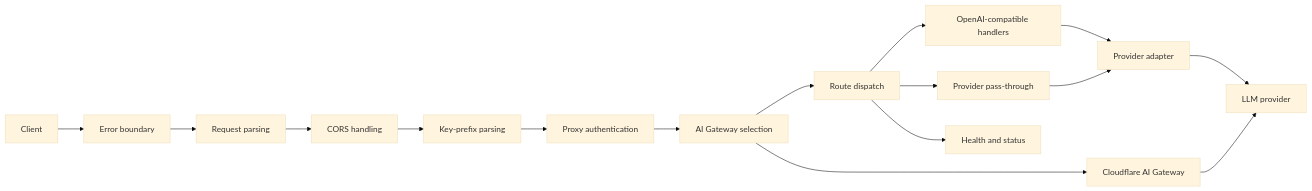
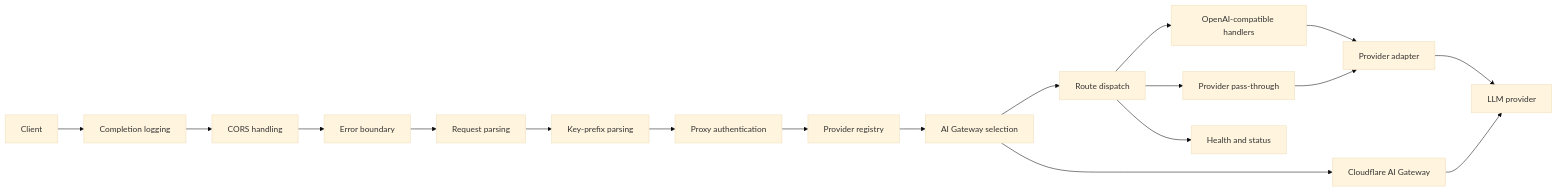
The diagram in docs/design/overview.md (blue-pen5805/llm-proxy-on-cloudflare-workers), drawn with Mermaid (base theme) before and after one commit. The commit also changed 27 other files, not shown here.

````diff
--- a/docs/design/overview.md
+++ b/docs/design/overview.md
@@ -15,18 +15,20 @@
 ```mermaid
 flowchart LR
-  Client --> Error[Error boundary]
+  Client --> Logging[Completion logging]
+  Logging --> CORS[CORS handling]
+  CORS --> Error[Error boundary]
   Error --> Request[Request parsing]
-  Request --> CORS[CORS handling]
-  CORS --> Key[Key-prefix parsing]
+  Request --> Key[Key-prefix parsing]
   Key --> Auth[Proxy authentication]
-  Auth --> Gateway[AI Gateway selection]
+  Auth --> Registry[Provider registry]
+  Registry --> Gateway[AI Gateway selection]
   Gateway --> Router[Route dispatch]
   Router --> OpenAI[OpenAI-compatible handlers]
   Router --> Pass[Provider pass-through]
   Router --> Health[Health and status]
   OpenAI --> Adapter[Provider adapter]
   Pass --> Adapter
   Gateway --> AIG[Cloudflare AI Gateway]
   Adapter --> Upstream[LLM provider]
   AIG --> Upstream
 ```
````
